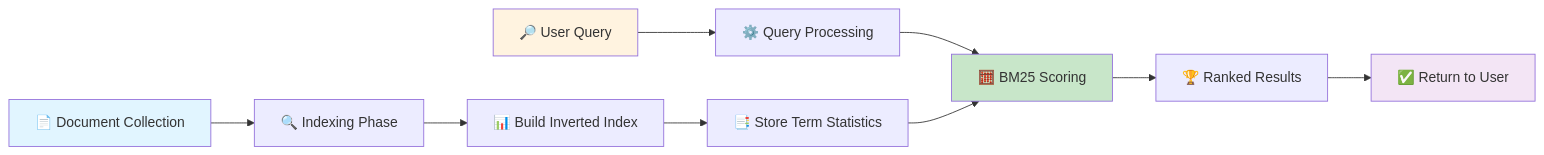
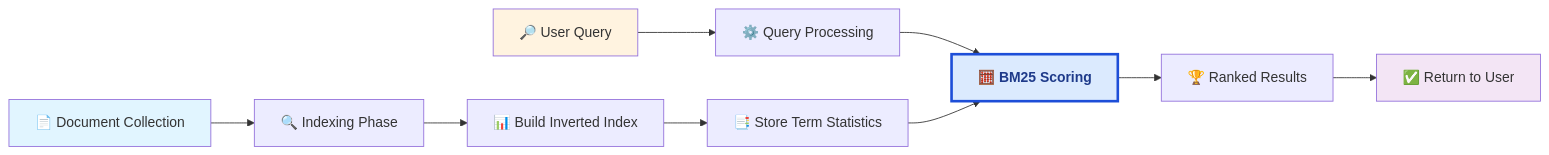
Before and after one commit to ilwon-seo/terms: the first of 4 diagrams in B/BM25.md, drawn with Mermaid. The commit also changed other lines of this file and 18 other files, not shown here.

Commit message:
Standardize current-term Mermaid styling

````diff
--- a/B/BM25.md
+++ b/B/BM25.md
@@ -48,16 +48,17 @@
 ```mermaid
 flowchart LR
     A["📄 Document Collection"] --> B["🔍 Indexing Phase"]
     B --> C["📊 Build Inverted Index"]
     C --> D["📑 Store Term Statistics"]
     E["🔎 User Query"] --> F["⚙️ Query Processing"]
     F --> G["🧮 BM25 Scoring"]
     D --> G
     G --> H["🏆 Ranked Results"]
     H --> I["✅ Return to User"]
     
     style A fill:#e1f5ff
     style E fill:#fff3e0
-    style G fill:#c8e6c9
     style I fill:#f3e5f5
+    classDef currentTerm fill:#dbeafe,stroke:#1d4ed8,stroke-width:3px,color:#1e3a8a,font-weight:bold
+    class G currentTerm
 ```
````
